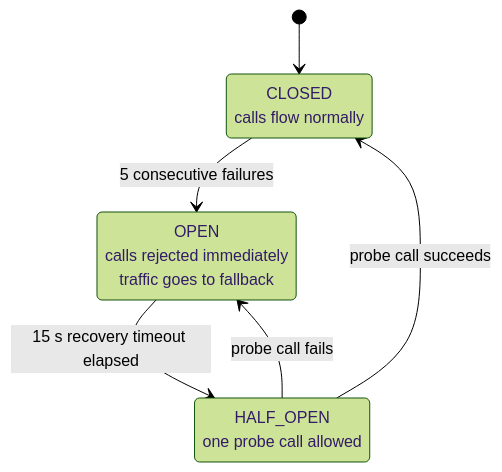
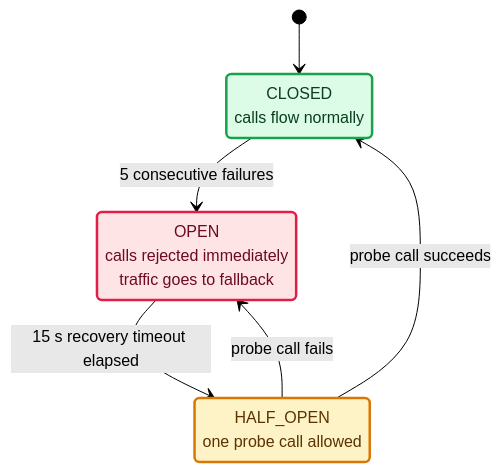
The third of 5 diagrams in projects/ai-reliability-platform/docs/schematics/README.md (Joxejaime/Projects-2026), drawn with Mermaid (forest theme) before and after one commit. The commit also changed other lines of this file and 62 other files, not shown here.

First line of the commit message:
Colour the schematics and add LinkedIn cards and carousels

````diff
--- a/projects/ai-reliability-platform/docs/schematics/README.md
+++ b/projects/ai-reliability-platform/docs/schematics/README.md
@@ -94,14 +104,24 @@
 ```mermaid
 %% title: Circuit breaker states
+%% headline: A circuit breaker stops hammering a provider that is down
+%% takeaway: Five failures open it. After 15 seconds one probe call decides whether to close it.
+%% legend: ok=Calls flow,alert=Calls rejected,data=One probe allowed
 %% caption: gateway/resilience.py. Defaults from gateway/config.py: 5 consecutive failures to open, 15 s before a probe. A provider rejecting a bad request counts as a success, because it is not a health signal. The numeric state is exported as gateway_circuit_state, and the PrimaryProviderCircuitOpen alert fires when the primary stays in state 2 (open) for 1 minute.
 stateDiagram-v2
     [*] --> CLOSED
     CLOSED --> OPEN: 5 consecutive failures
     OPEN --> HALF_OPEN: 15 s recovery timeout elapsed
     HALF_OPEN --> CLOSED: probe call succeeds
     HALF_OPEN --> OPEN: probe call fails
 
     CLOSED: CLOSED<br/>calls flow normally
     OPEN: OPEN<br/>calls rejected immediately<br/>traffic goes to fallback
     HALF_OPEN: HALF_OPEN<br/>one probe call allowed
+
+    classDef data fill:#FEF3C7,stroke:#D97706,stroke-width:2.5px,color:#5B3300
+    classDef alert fill:#FFE4E6,stroke:#E11D48,stroke-width:2.5px,color:#6B0A20
+    classDef ok fill:#DCFCE7,stroke:#16A34A,stroke-width:2.5px,color:#0B3D1E
+    class CLOSED ok
+    class OPEN alert
+    class HALF_OPEN data
 ```
````
